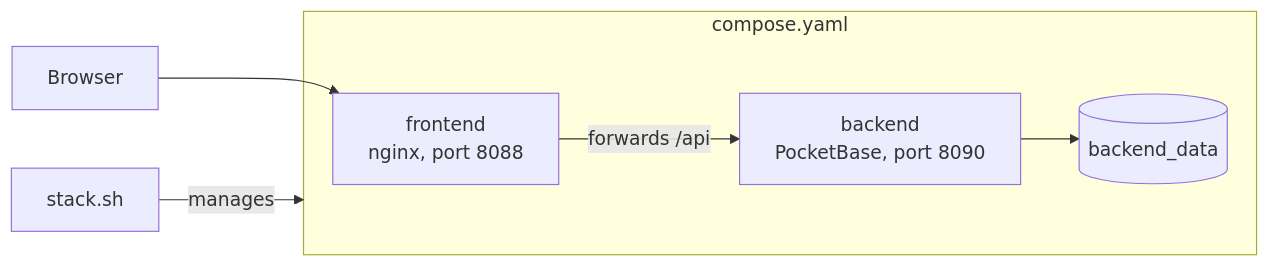
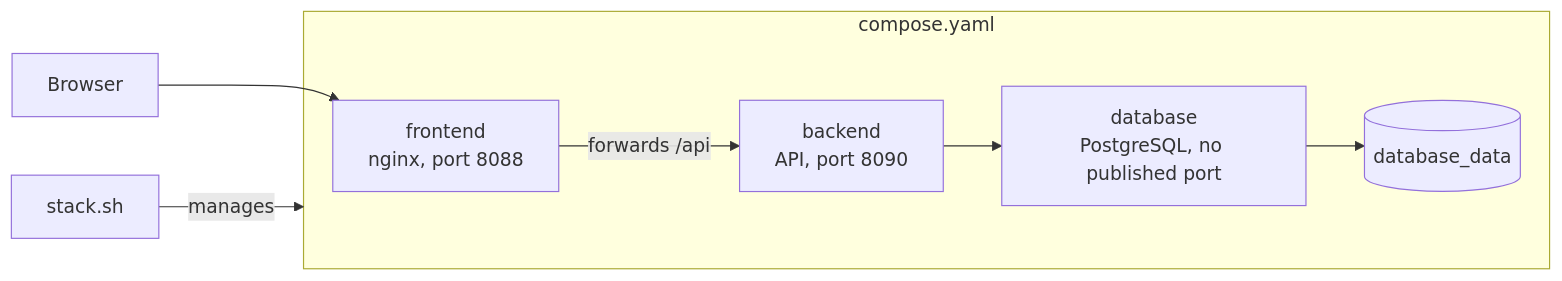
One commit to biruklarebo/veylith changed the second of 5 diagrams in docs/containers.md. Above: the diagram before and after it, drawn with Mermaid. The commit also changed other lines of this file and 33 other files, not shown here.

````diff
--- a/docs/containers.md
+++ b/docs/containers.md
@@ -24,16 +24,18 @@
 ```mermaid
 flowchart LR
     browser["Browser"]
     stack["stack.sh"]
 
     subgraph compose["compose.yaml"]
         frontend["frontend<br/>nginx, port 8088"]
-        backend["backend<br/>PocketBase, port 8090"]
-        volume[("backend_data")]
+        backend["backend<br/>API, port 8090"]
+        database["database<br/>PostgreSQL, no published port"]
+        volume[("database_data")]
     end
 
     stack -- manages --> compose
     browser --> frontend
     frontend -- "forwards /api" --> backend
-    backend --> volume
+    backend --> database
+    database --> volume
 ```
````
